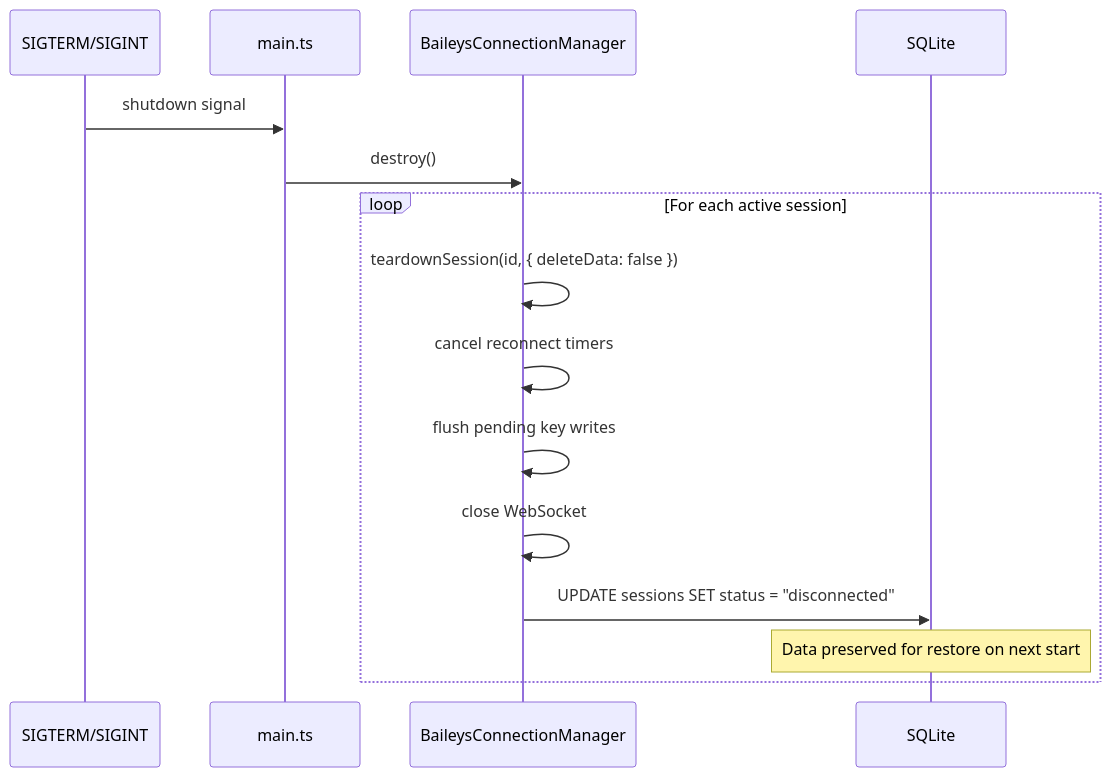
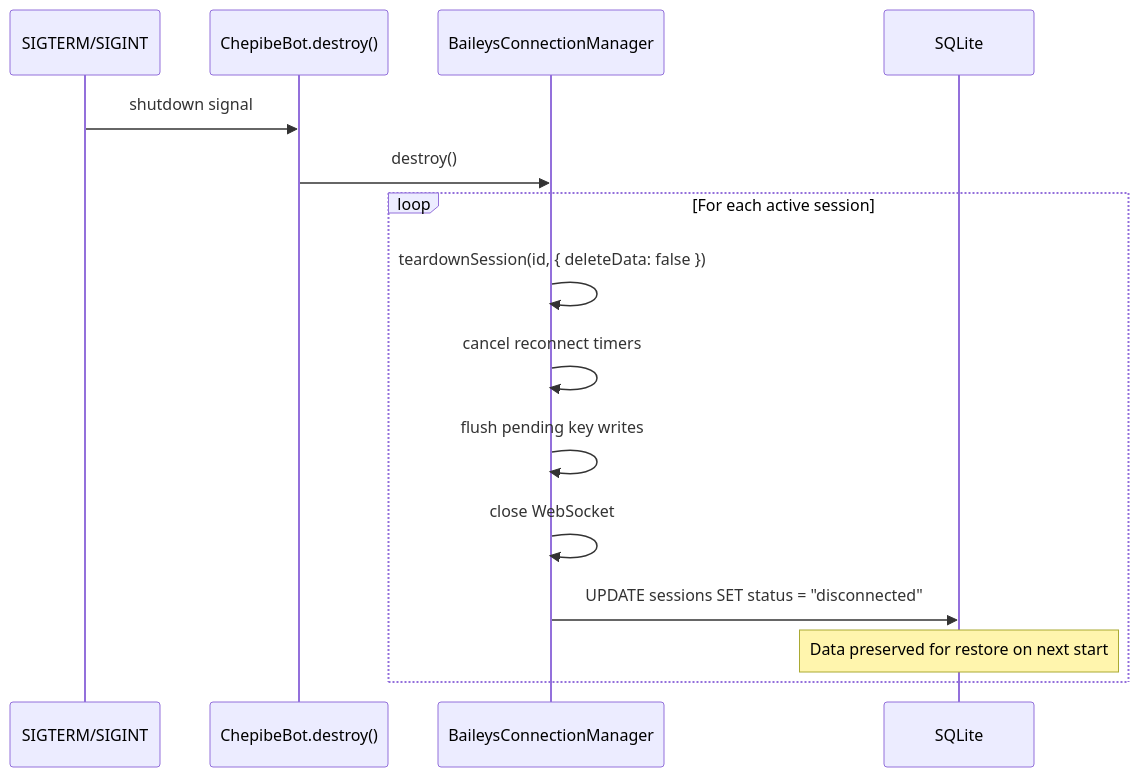
The eighth of 8 diagrams in docs/whatsapp-session-lifecycle.md (Fibra-Labs/chepibe-personal), drawn with Mermaid before and after one commit. The commit also changed other lines of this file and 35 other files, not shown here.

````diff
--- a/docs/whatsapp-session-lifecycle.md
+++ b/docs/whatsapp-session-lifecycle.md
@@ -188,18 +188,18 @@
 ```mermaid
 sequenceDiagram
     participant SIG as SIGTERM/SIGINT
-    participant MAIN as main.ts
+    participant BOT as ChepibeBot.destroy()
     participant MGR as BaileysConnectionManager
     participant DB as SQLite
 
-    SIG->>MAIN: shutdown signal
-    MAIN->>MGR: destroy()
+    SIG->>BOT: shutdown signal
+    BOT->>MGR: destroy()
     loop For each active session
         MGR->>MGR: teardownSession(id, { deleteData: false })
         MGR->>MGR: cancel reconnect timers
         MGR->>MGR: flush pending key writes
         MGR->>MGR: close WebSocket
         MGR->>DB: UPDATE sessions SET status = "disconnected"
         Note over DB: Data preserved for restore on next start
     end
 ```
````
